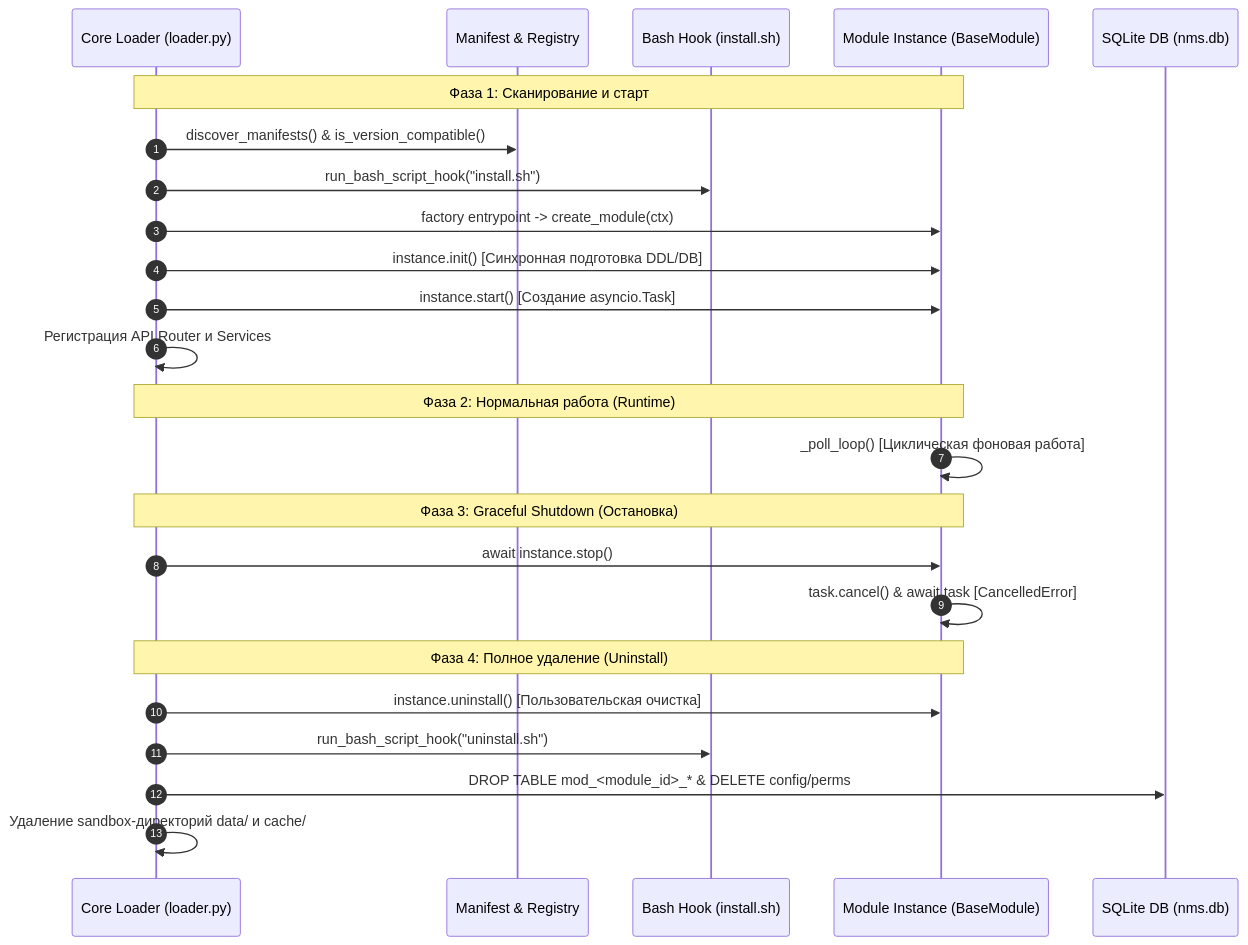
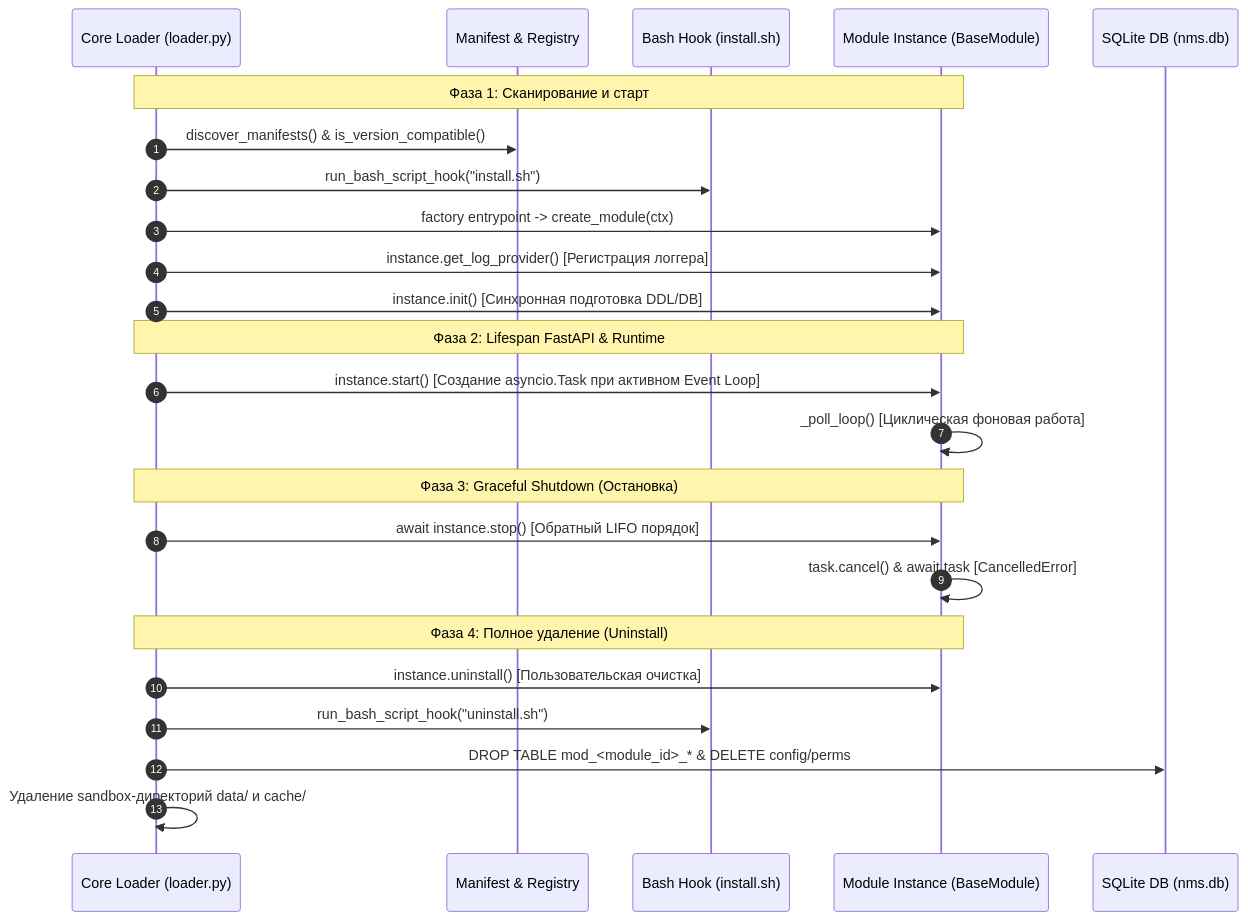
Before and after one commit to Apofixc/nms-webui: the first of 3 diagrams in docs/wiki/03-module-development/13-hooks-and-background-tasks.md, drawn with Mermaid. The commit also changed other lines of this file, not shown here.

Commit message:
docs: update hooks and background tasks documentation for module development

````diff
--- a/docs/wiki/03-module-development/13-hooks-and-background-tasks.md
+++ b/docs/wiki/03-module-development/13-hooks-and-background-tasks.md
@@ -17,30 +17,29 @@
 ```mermaid
 sequenceDiagram
     autonumber
     participant Core as Core Loader (loader.py)
     participant Manifest as Manifest & Registry
     participant Script as Bash Hook (install.sh)
     participant Module as Module Instance (BaseModule)
     participant DB as SQLite DB (nms.db)
 
     Note over Core, Module: Фаза 1: Сканирование и старт
     Core->>Manifest: discover_manifests() & is_version_compatible()
     Core->>Script: run_bash_script_hook("install.sh")
     Core->>Module: factory entrypoint -> create_module(ctx)
+    Core->>Module: instance.get_log_provider() [Регистрация логгера]
     Core->>Module: instance.init() [Синхронная подготовка DDL/DB]
-    Core->>Module: instance.start() [Создание asyncio.Task]
-    Core->>Core: Регистрация API Router и Services
-
-    Note over Core, Module: Фаза 2: Нормальная работа (Runtime)
+    Note over Core, Module: Фаза 2: Lifespan FastAPI & Runtime
+    Core->>Module: instance.start() [Создание asyncio.Task при активном Event Loop]
     Module->>Module: _poll_loop() [Циклическая фоновая работа]
 
     Note over Core, Module: Фаза 3: Graceful Shutdown (Остановка)
-    Core->>Module: await instance.stop()
+    Core->>Module: await instance.stop() [Обратный LIFO порядок]
     Module->>Module: task.cancel() & await task [CancelledError]
 
     Note over Core, Module: Фаза 4: Полное удаление (Uninstall)
     Core->>Module: instance.uninstall() [Пользовательская очистка]
     Core->>Script: run_bash_script_hook("uninstall.sh")
     Core->>DB: DROP TABLE mod_<module_id>_* & DELETE config/perms
     Core->>Core: Удаление sandbox-директорий data/ и cache/
 ```
````
